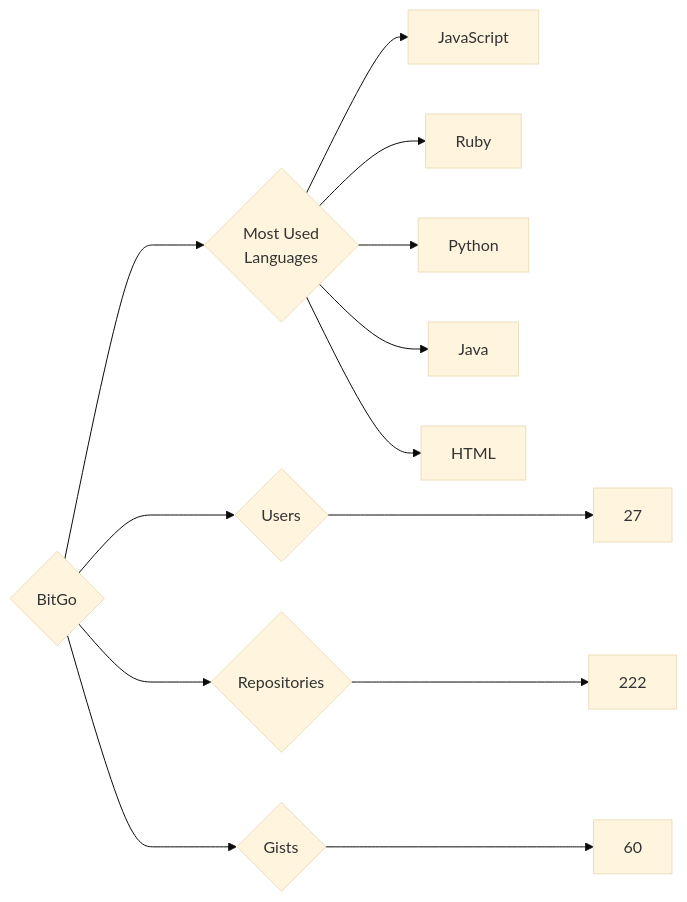
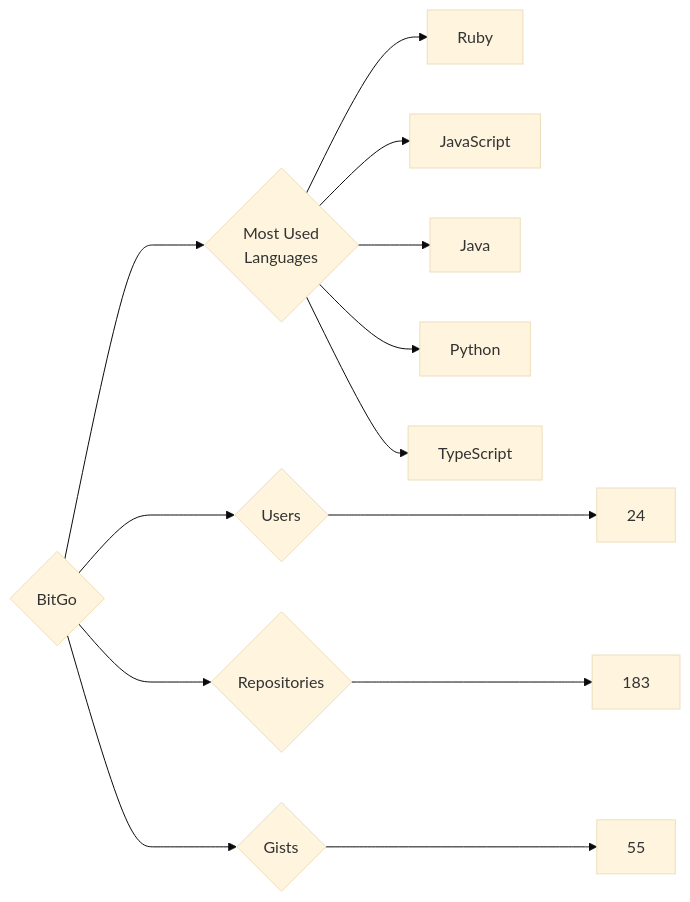
The diagram in targets/BitGo/README.md (trickest/insiders), drawn with Mermaid (base theme) before and after one commit. The commit also changed 888 other files, not shown here.

````diff
--- a/targets/BitGo/README.md
+++ b/targets/BitGo/README.md
@@ -3,13 +3,13 @@
 ```mermaid
 graph LR
 COMPANY_NAME{BitGo}
-COMPANY_NAME ---> U{Users} ---> UN[27]
-COMPANY_NAME ---> R{Repositories} ---> RN[222]
-COMPANY_NAME ---> G{Gists} ---> GN[60]
+COMPANY_NAME ---> U{Users} ---> UN[24]
+COMPANY_NAME ---> R{Repositories} ---> RN[183]
+COMPANY_NAME ---> G{Gists} ---> GN[55]
 COMPANY_NAME ---> ML{Most Used<br>Languages}
+ML --> Ruby[Ruby]
 ML --> JavaScript[JavaScript]
-ML --> Ruby[Ruby]
+ML --> Java[Java]
 ML --> Python[Python]
-ML --> Java[Java]
-ML --> HTML[HTML]
+ML --> TypeScript[TypeScript]
 ```
````
